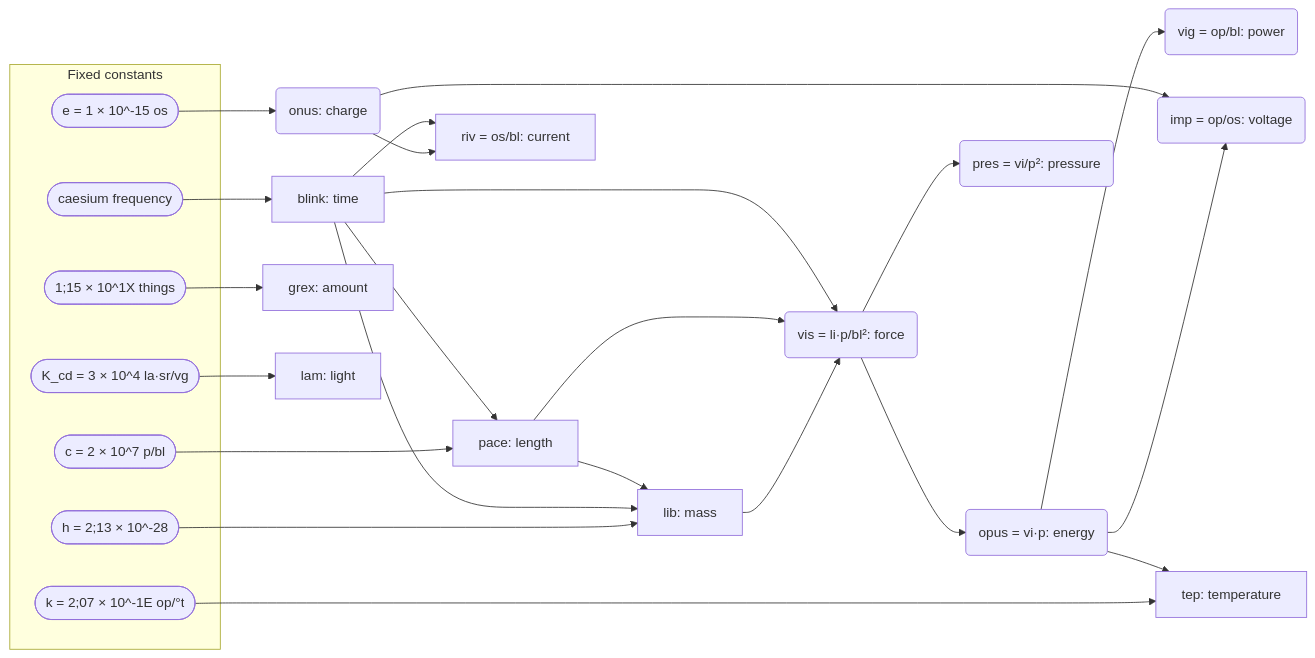
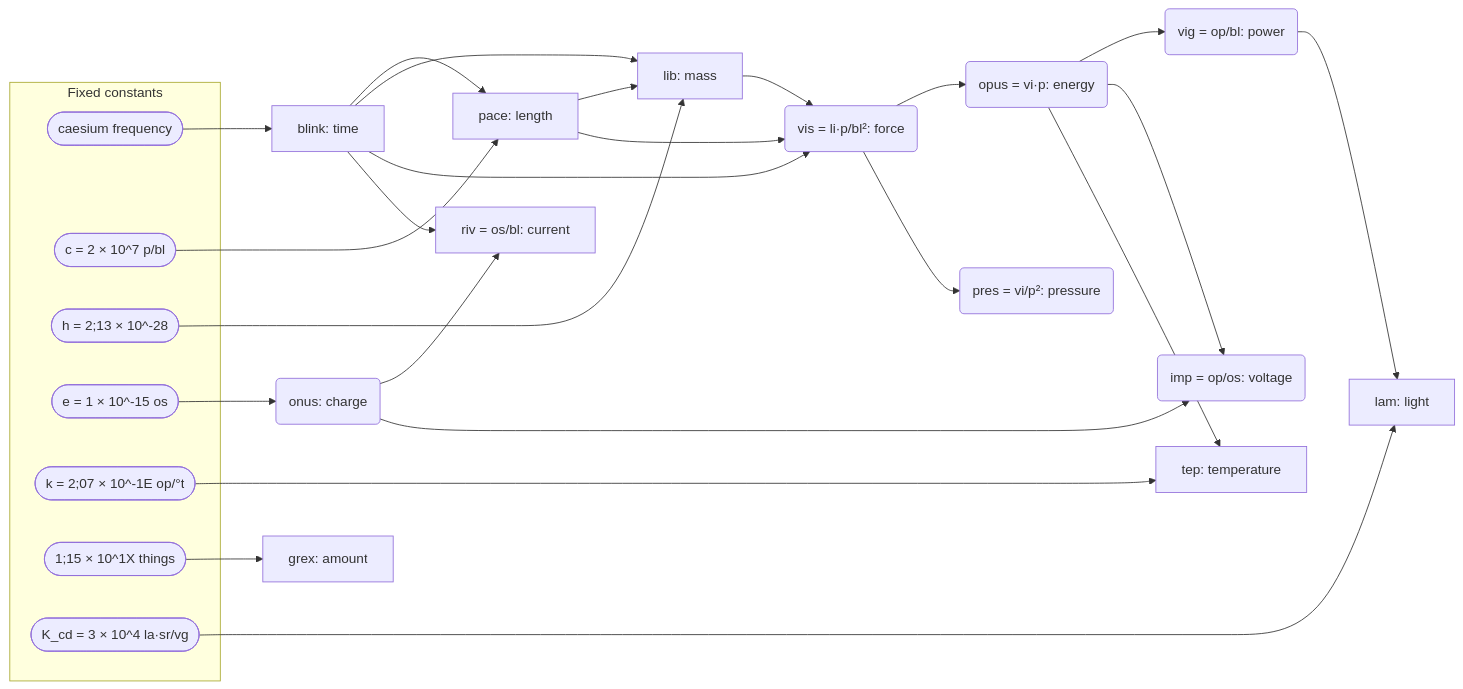
Before and after one commit to rdmarsh/paludal: the first of 4 diagrams in ideas.md, drawn with Mermaid. The commit also changed other lines of this file and 3 other files, not shown here.

````diff
--- a/ideas.md
+++ b/ideas.md
@@ -71,28 +74,29 @@
 ```mermaid
 flowchart LR
   subgraph K [Fixed constants]
     cs(["caesium frequency"])
     c(["c = 2 × 10^7 p/bl"])
     h(["h = 2;13 × 10^-28"])
     e(["e = 1 × 10^-15 os"])
     k(["k = 2;07 × 10^-1E op/°t"])
     n(["1;15 × 10^1X things"])
     kcd(["K_cd = 3 × 10^4 la·sr/vg"])
   end
   cs --> bl["blink: time"]
   c --> p["pace: length"]
   h --> li["lib: mass"]
   e --> os("onus: charge")
   k --> te["tep: temperature"]
   n --> gx["grex: amount"]
   kcd --> la["lam: light"]
   bl --> p
   bl & p --> li
   li & p & bl --> vi("vis = li·p/bl²: force")
   vi --> op("opus = vi·p: energy")
   op --> vg("vig = op/bl: power")
   vi --> pr("pres = vi/p²: pressure")
   os & bl --> ri["riv = os/bl: current"]
   op & os --> im("imp = op/os: voltage")
   op --> te
+  vg --> la
 ```
````
